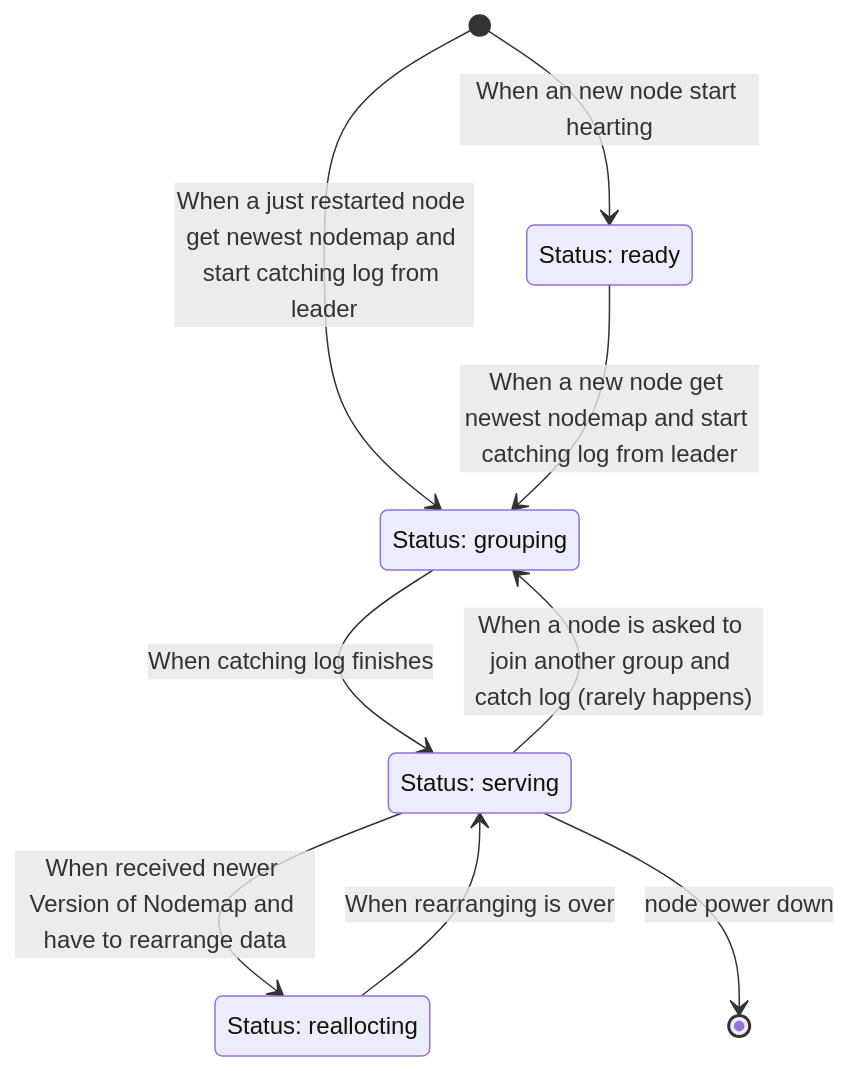
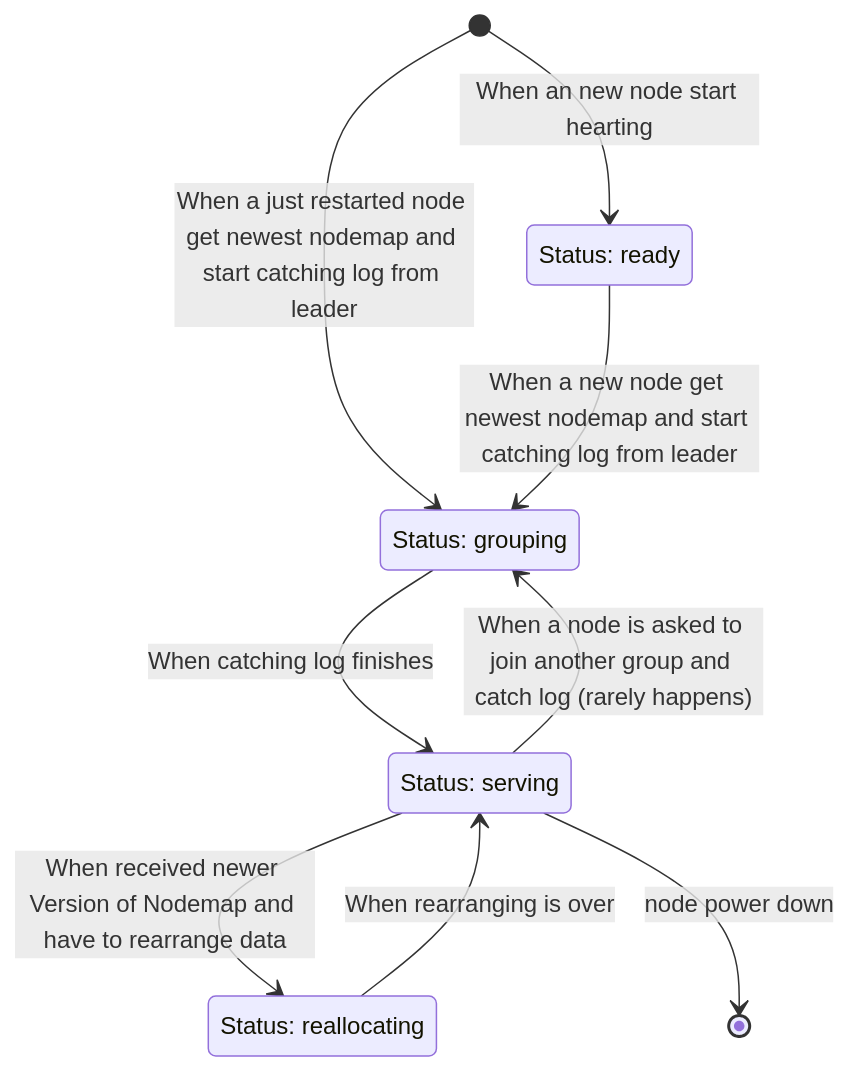
The diagram in Monitor/README.md (emon100/HADSS), drawn with Mermaid before and after one commit. The commit also changed other lines of this file and 4 other files, not shown here.

````diff
--- a/Monitor/README.md
+++ b/Monitor/README.md
@@ -45,16 +46,16 @@
 ```mermaid
 stateDiagram-v2
   state "Status: ready" as ready
   state "Status: grouping" as grouping
   state "Status: serving" as serving
-  state "Status: reallocting" as reallocating
+  state "Status: reallocating" as reallocating
   
   [*] --> ready: When an new node start hearting
   [*] --> grouping: When a just restarted node get newest nodemap and start catching log from leader
   ready --> grouping: When a new node get newest nodemap and start catching log from leader
   grouping --> serving: When catching log finishes
   serving --> grouping: When a node is asked to join another group and catch log (rarely happens)
   serving --> reallocating: When received newer Version of Nodemap and have to rearrange data
   reallocating --> serving: When rearranging is over
   serving --> [*]: node power down
 ```
````
